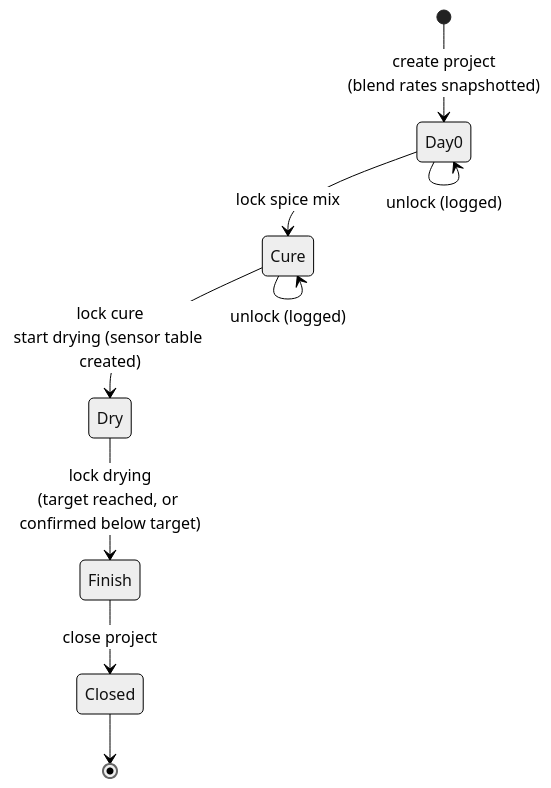
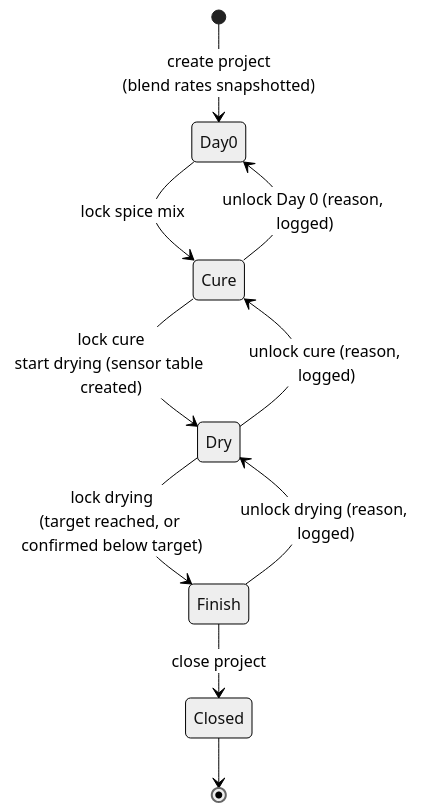
The third of 7 diagrams in docs/ARCHITECTURE.md (IamRepository/Bresaola), drawn with Mermaid (neutral theme) before and after one commit. The commit also changed other lines of this file and 2 other files, not shown here.

First line of the commit message:
docs: fix 15 findings of the independent check against the code (dependencies, unlock paths, event kinds, ETA d0 and rounding, gap rule, NAS 6-hourly, migrations convert data, provenance)

````diff
--- a/docs/ARCHITECTURE.md
+++ b/docs/ARCHITECTURE.md
@@ -165,11 +167,12 @@
 ```mermaid
 stateDiagram-v2
     [*] --> Day0: create project<br/>(blend rates snapshotted)
     Day0 --> Cure: lock spice mix
     Cure --> Dry: lock cure<br/>start drying (sensor table created)
     Dry --> Finish: lock drying<br/>(target reached, or confirmed below target)
     Finish --> Closed: close project
     Closed --> [*]
-    Day0 --> Day0: unlock (logged)
-    Cure --> Cure: unlock (logged)
+    Cure --> Day0: unlock Day 0 (reason, logged)
+    Dry --> Cure: unlock cure (reason, logged)
+    Finish --> Dry: unlock drying (reason, logged)
 ```
````
